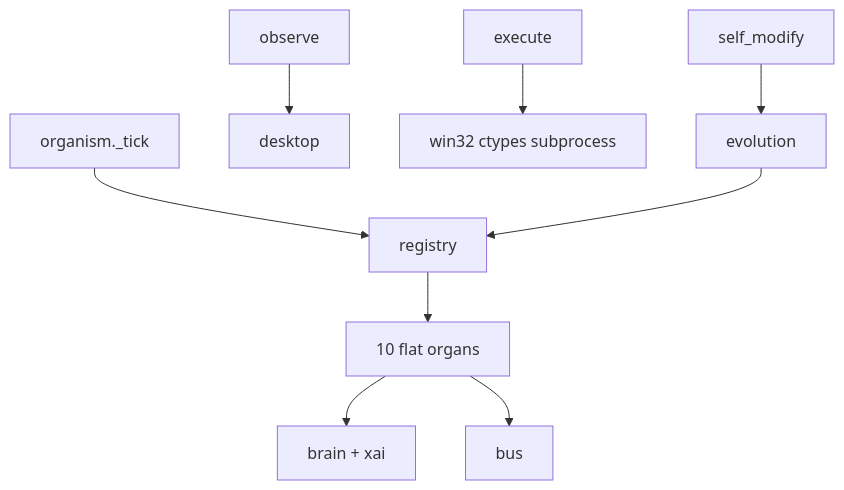
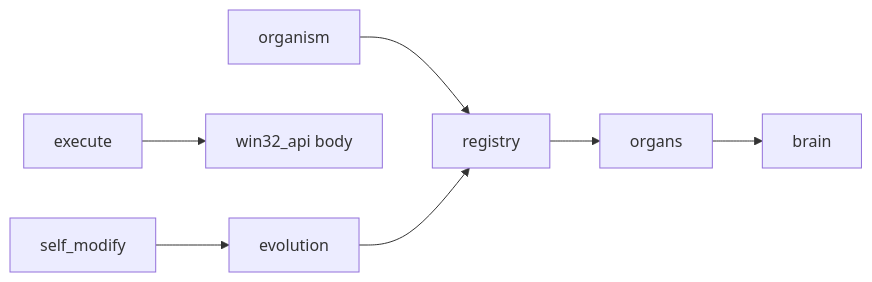
One commit to wgabrys88/endgame-ai changed the first of 2 diagrams in README.md. Above: the diagram before and after it, drawn with Mermaid. The commit also changed other lines of this file, not shown here.

````diff
--- a/README.md
+++ b/README.md
@@ -74,10 +66,8 @@
 ```mermaid
-flowchart TB
-    O[organism._tick] --> R[registry]
-    R --> organs[10 flat organs]
-    organs --> BR[brain + xai]
-    organs --> B[bus]
-    observe --> desktop
-    execute --> body[win32 ctypes subprocess]
-    self_modify --> evolution --> R
+flowchart LR
+    O[organism] --> R[registry]
+    R --> organs
+    organs --> BR[brain]
+    execute --> W[win32_api body]
+    self_modify --> EV[evolution] --> R
 ```
````
